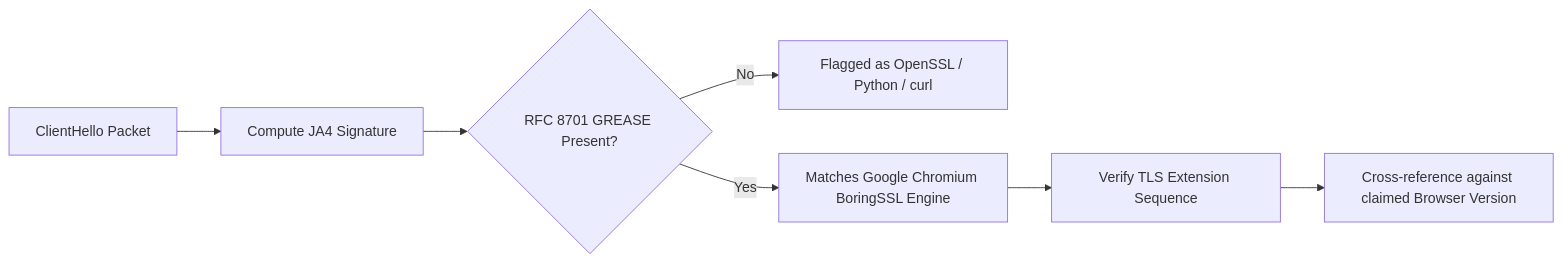
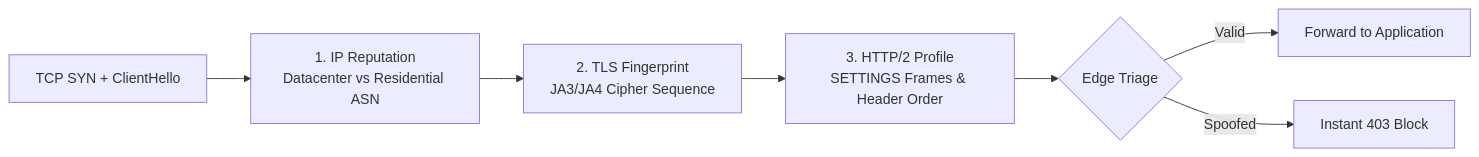
One commit to naimurhasan/naimurhasan.github.io changed the second of 3 diagrams in _posts/2026-10-19-how-modern-bot-detection-systems-actually-work.md. Above: the diagram before and after it, drawn with Mermaid. The commit also changed other lines of this file and 23 other files, not shown here.

````diff
--- a/_posts/2026-10-19-how-modern-bot-detection-systems-actually-work.md
+++ b/_posts/2026-10-19-how-modern-bot-detection-systems-actually-work.md
@@ -157,10 +47,9 @@
 ```mermaid
 flowchart LR
-  CH["ClientHello Packet"] --> HASH["Compute JA4 Signature"]
-  HASH --> GREASE{"RFC 8701 GREASE Present?"}
-  GREASE -- No --> OpenSSL["Flagged as OpenSSL / Python / curl"]
-  GREASE -- Yes --> BoringSSL["Matches Google Chromium BoringSSL Engine"]
-  
-  BoringSSL --> ExtOrder["Verify TLS Extension Sequence"]
-  ExtOrder --> Match["Cross-reference against claimed Browser Version"]
+  Packet["TCP SYN + ClientHello"] --> IP["1. IP Reputation<br/>Datacenter vs Residential ASN"]
+  IP --> TLS["2. TLS Fingerprint<br/>JA3/JA4 Cipher Sequence"]
+  TLS --> H2["3. HTTP/2 Profile<br/>SETTINGS Frames & Header Order"]
+  H2 --> Verdict{"Edge Triage"}
+  Verdict -- "Valid" --> Origin["Forward to Application"]
+  Verdict -- "Spoofed" --> Drop["Instant 403 Block"]
 ```
````
